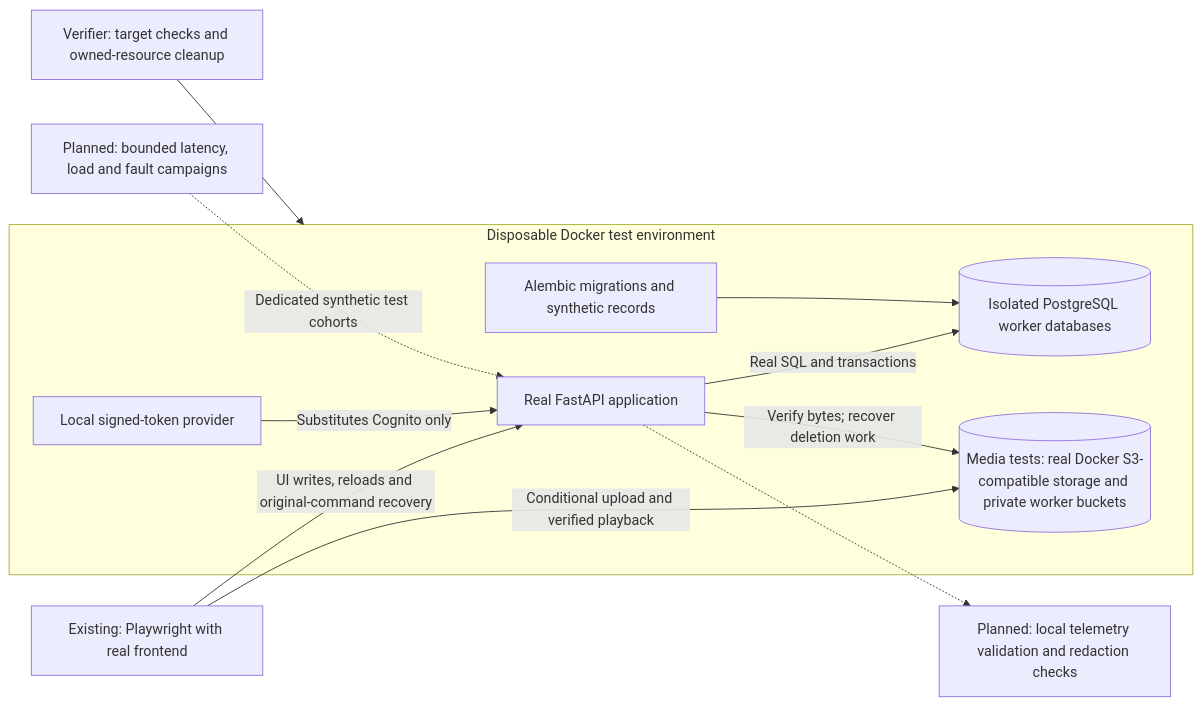
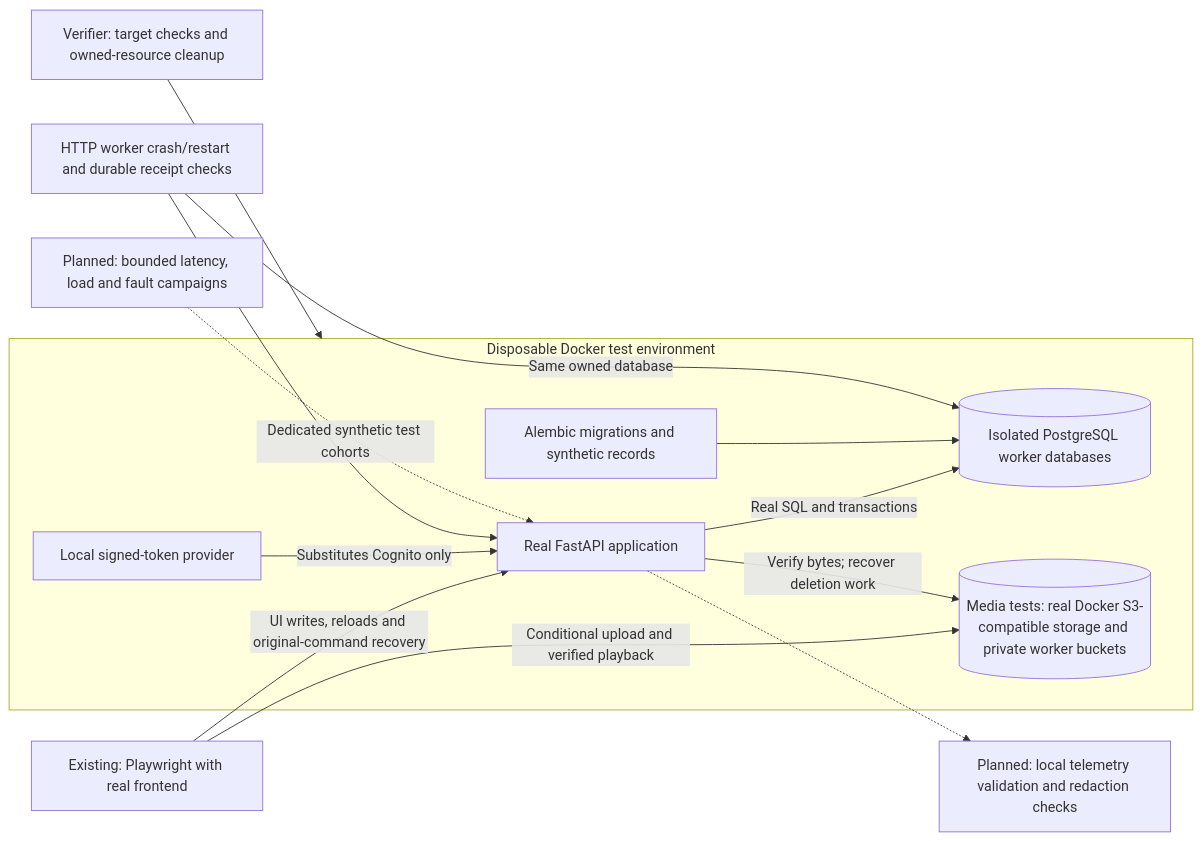
Before and after one commit to LimYouSheng/FitfinityReact: the second of 3 diagrams in docs/Architecture/diagram.md, drawn with Mermaid. The commit also changed other lines of this file and 15 other files, not shown here.

````diff
--- a/docs/Architecture/diagram.md
+++ b/docs/Architecture/diagram.md
@@ -59,23 +59,26 @@
 ```mermaid
 flowchart LR
   Tests["Existing: Playwright with real frontend"]
   subgraph Docker["Disposable Docker test environment"]
     API["Real FastAPI application"]
     Tokens["Local signed-token provider"]
     PG[("Isolated PostgreSQL worker databases")]
     Objects[("Media tests: real Docker S3-compatible storage and private worker buckets")]
     Seed["Alembic migrations and synthetic records"]
   end
   Owner["Verifier: target checks and owned-resource cleanup"]
+  Restart["HTTP worker crash/restart and durable receipt checks"]
   Load["Planned: bounded latency, load and fault campaigns"]
   Telemetry["Planned: local telemetry validation and redaction checks"]
   Tests -->|"UI writes, reloads and original-command recovery"| API
   Tokens -->|"Substitutes Cognito only"| API
   API -->|"Real SQL and transactions"| PG
   Tests -->|"Conditional upload and verified playback"| Objects
   API -->|"Verify bytes; recover deletion work"| Objects
   Seed --> PG
+  Restart --> API
+  Restart -->|"Same owned database"| PG
   Owner --> Docker
   Load -.->|"Dedicated synthetic test cohorts"| API
   API -.-> Telemetry
 ```
````
